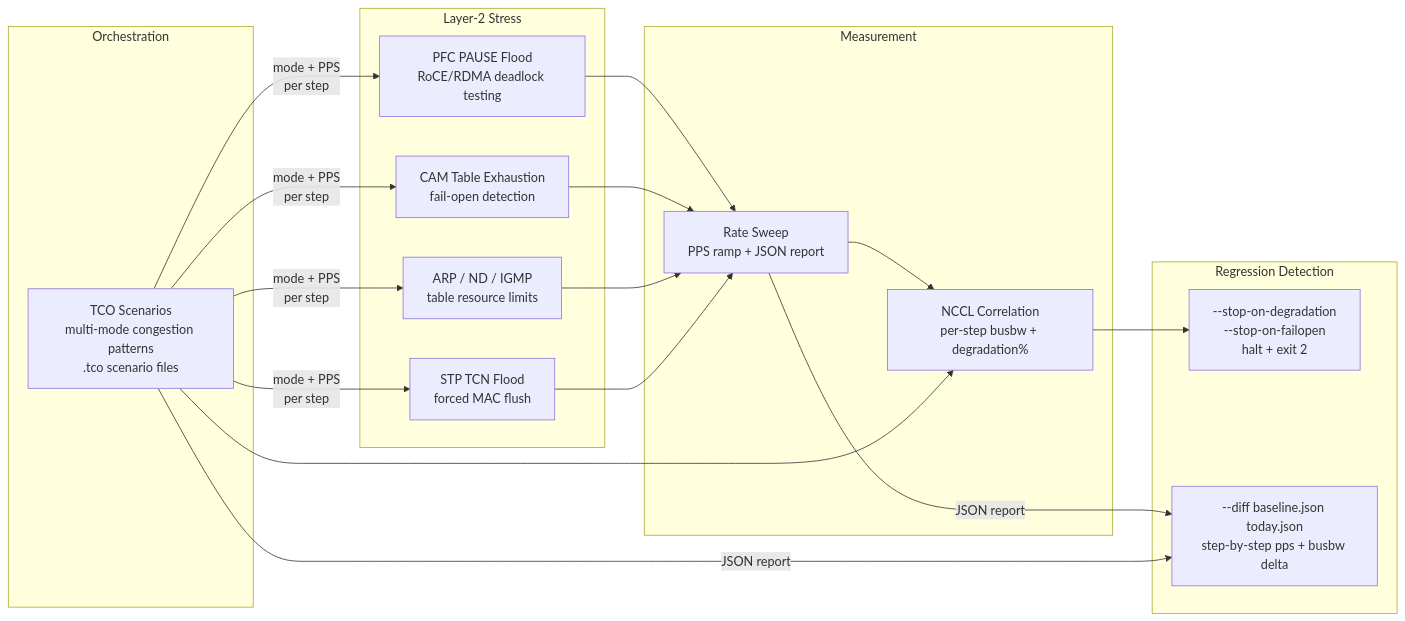
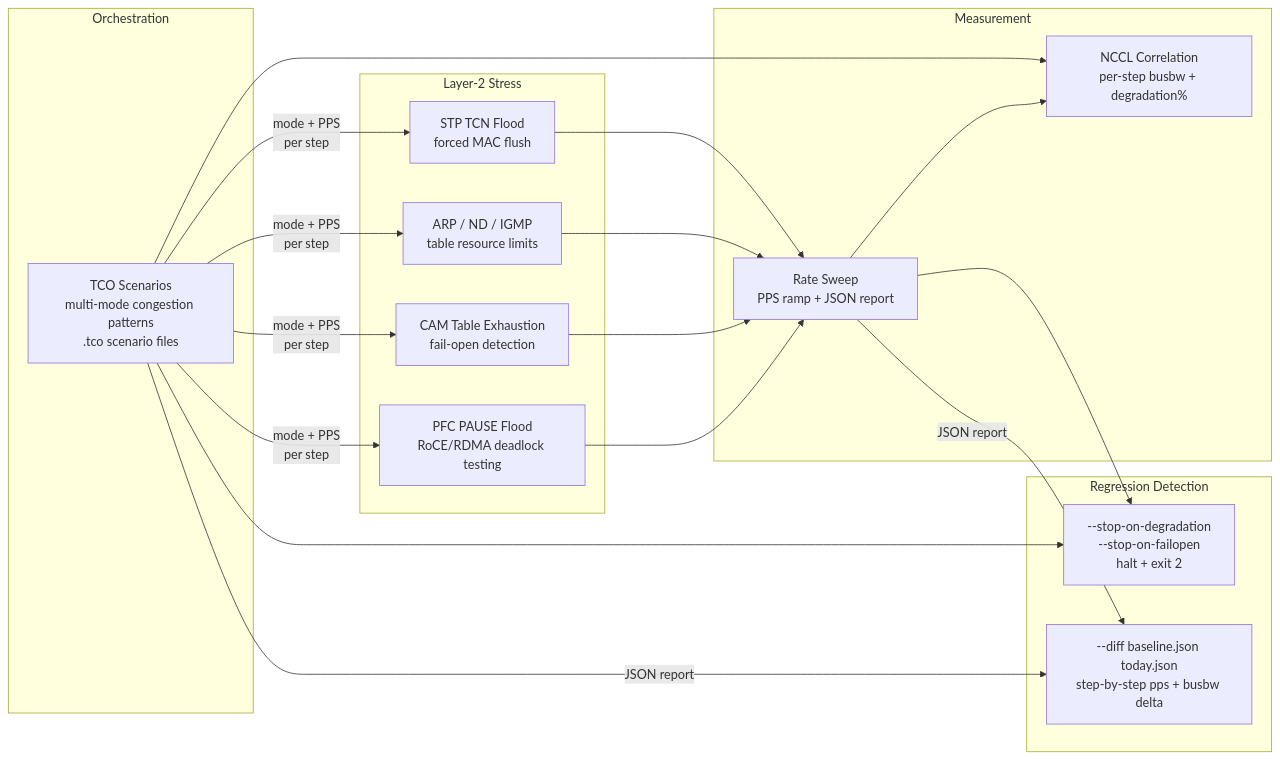
Before and after one commit to mstits/Basidium: the first of 10 diagrams in README.md, drawn with Mermaid. The commit also changed other lines of this file, not shown here.

First line of the commit message:
v2.6 README: add what's-new section, update mermaid diagrams + source layout

````diff
--- a/README.md
+++ b/README.md
@@ -74,30 +115,31 @@
 ```mermaid
 graph LR
     subgraph "Layer-2 Stress"
         PFC["PFC PAUSE Flood<br/>RoCE/RDMA deadlock testing"]
         CAM["CAM Table Exhaustion<br/>fail-open detection"]
         ARP["ARP / ND / IGMP<br/>table resource limits"]
         STP["STP TCN Flood<br/>forced MAC flush"]
     end
 
     subgraph "Measurement"
         SWEEP["Rate Sweep<br/>PPS ramp + JSON report"]
         NCCL["NCCL Correlation<br/>per-step busbw + degradation%"]
     end
 
     subgraph "Orchestration"
         TCO["TCO Scenarios<br/>multi-mode congestion patterns<br/>.tco scenario files"]
     end
 
     subgraph "Regression Detection"
         STOP["--stop-on-degradation<br/>--stop-on-failopen<br/>halt + exit 2"]
         DIFF["--diff baseline.json today.json<br/>step-by-step pps + busbw delta"]
     end
 
     PFC & CAM & ARP & STP --> SWEEP
     SWEEP --> NCCL
     TCO --> |"mode + PPS<br/>per step"| PFC & CAM & ARP & STP
     TCO --> NCCL
-    NCCL --> STOP
+    SWEEP --> STOP
+    TCO --> STOP
     SWEEP & TCO --> |"JSON report"| DIFF
 ```
````
